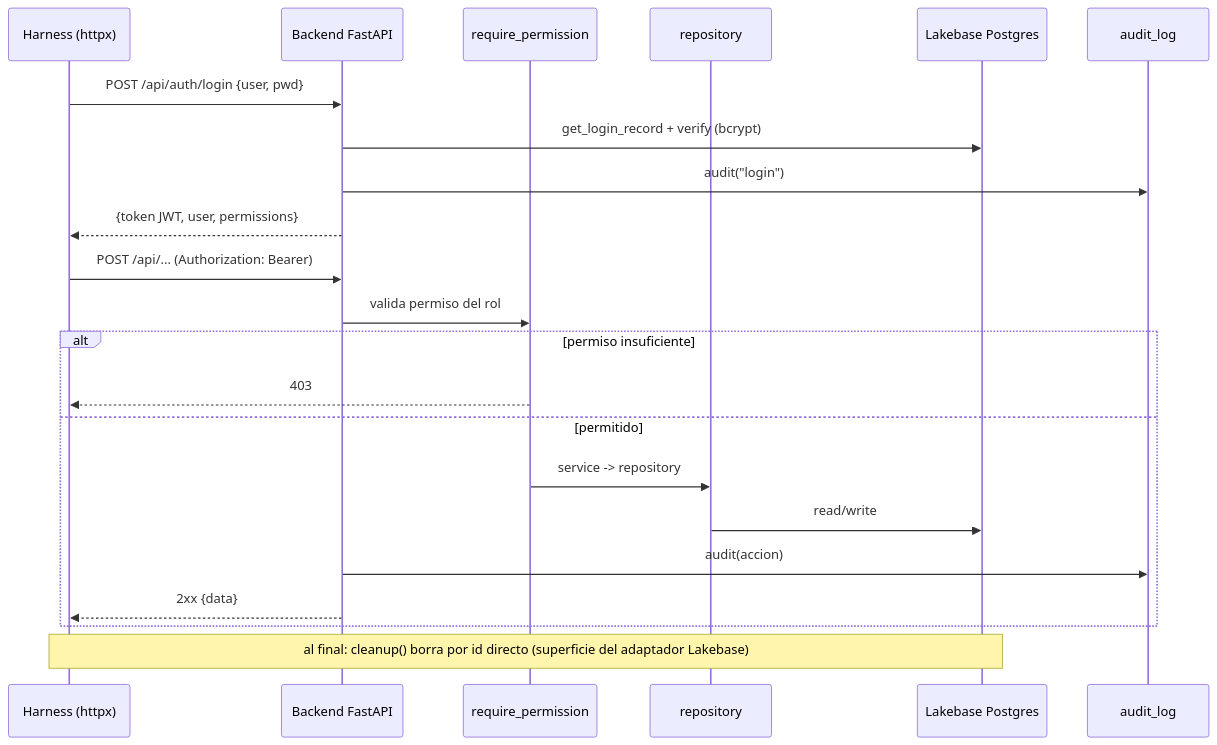
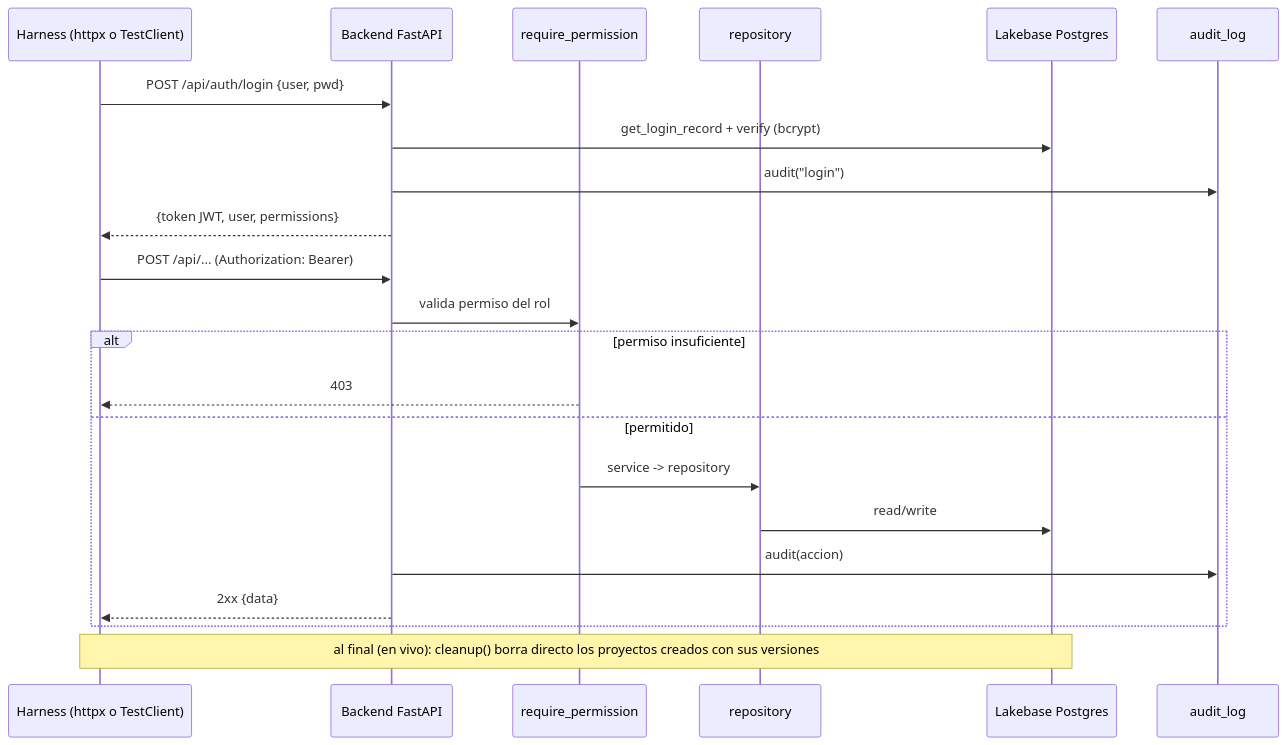
Before and after one commit to Carlosmps97/backend-data-model-hub: the fourth of 6 diagrams in doc/testing.md, drawn with Mermaid. The commit also changed other lines of this file and 169 other files, not shown here.

````diff
--- a/doc/testing.md
+++ b/doc/testing.md
@@ -520,25 +601,25 @@
 ```mermaid
 sequenceDiagram
-    participant H as Harness (httpx)
+    participant H as Harness (httpx o TestClient)
     participant API as Backend FastAPI
     participant RBAC as require_permission
     participant Repo as repository
     participant DB as Lakebase Postgres
     participant Aud as audit_log
 
     H->>API: POST /api/auth/login {user, pwd}
     API->>DB: get_login_record + verify (bcrypt)
     API->>Aud: audit("login")
     API-->>H: {token JWT, user, permissions}
     H->>API: POST /api/... (Authorization: Bearer)
     API->>RBAC: valida permiso del rol
     alt permiso insuficiente
         RBAC-->>H: 403
     else permitido
         RBAC->>Repo: service -> repository
         Repo->>DB: read/write
         API->>Aud: audit(accion)
         API-->>H: 2xx {data}
     end
-    Note over H,DB: al final: cleanup() borra por id directo (superficie del adaptador Lakebase)
+    Note over H,DB: al final (en vivo): cleanup() borra directo los proyectos creados con sus versiones
 ```
````
